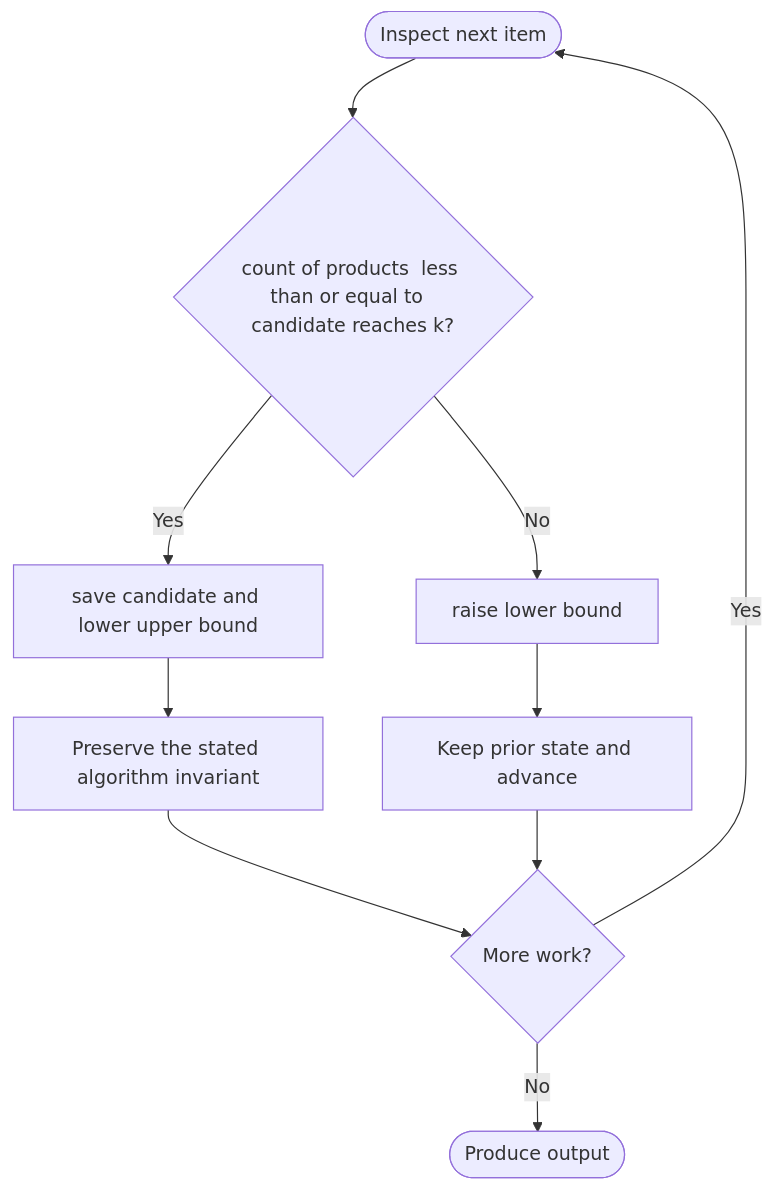
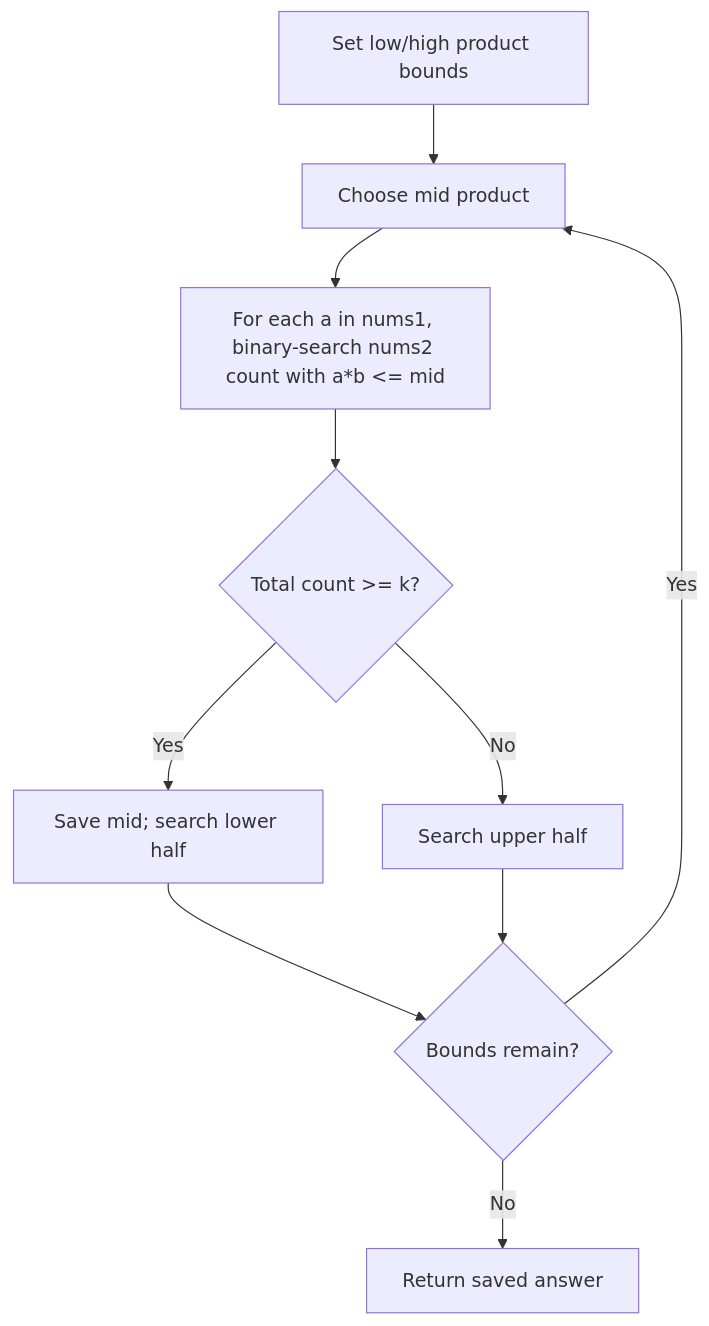
The diagram in LeetCode/2040/README.md (SAIDEEPBHANGE/C-CPP-Codes), drawn with Mermaid before and after one commit. The commit also changed other lines of this file and 196 other files, not shown here.

````diff
--- a/LeetCode/2040/README.md
+++ b/LeetCode/2040/README.md
@@ -28,12 +29,12 @@
 ```mermaid
 flowchart TD
-    A([Inspect next item]) --> B{count of products  less than or equal to  candidate reaches k?}
-    B -- Yes --> C[save candidate and lower upper bound]
-    B -- No --> D[raise lower bound]
-    C --> E[Preserve the stated algorithm invariant]
-    D --> F[Keep prior state and advance]
-    E --> G{More work?}
+    A[Set low/high product bounds] --> B[Choose mid product]
+    B --> C[For each a in nums1, binary-search nums2 count with a*b <= mid]
+    C --> D{Total count >= k?}
+    D -- Yes --> E[Save mid; search lower half]
+    D -- No --> F[Search upper half]
+    E --> G{Bounds remain?}
     F --> G
-    G -- Yes --> A
-    G -- No --> H([Produce output])
+    G -- Yes --> B
+    G -- No --> H[Return saved answer]
 ```
````
